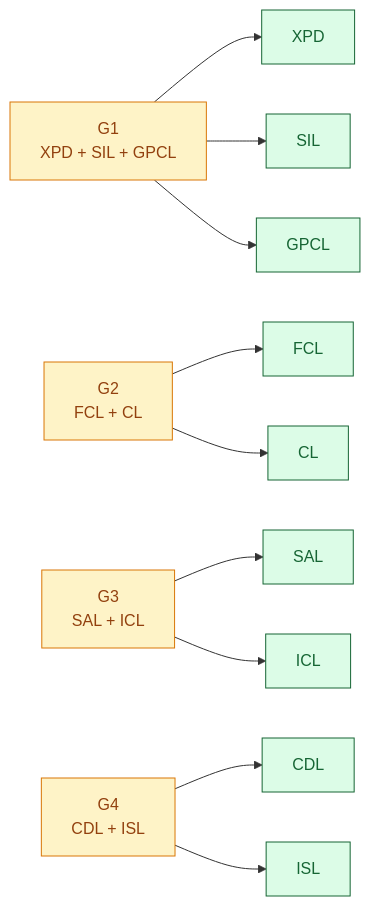
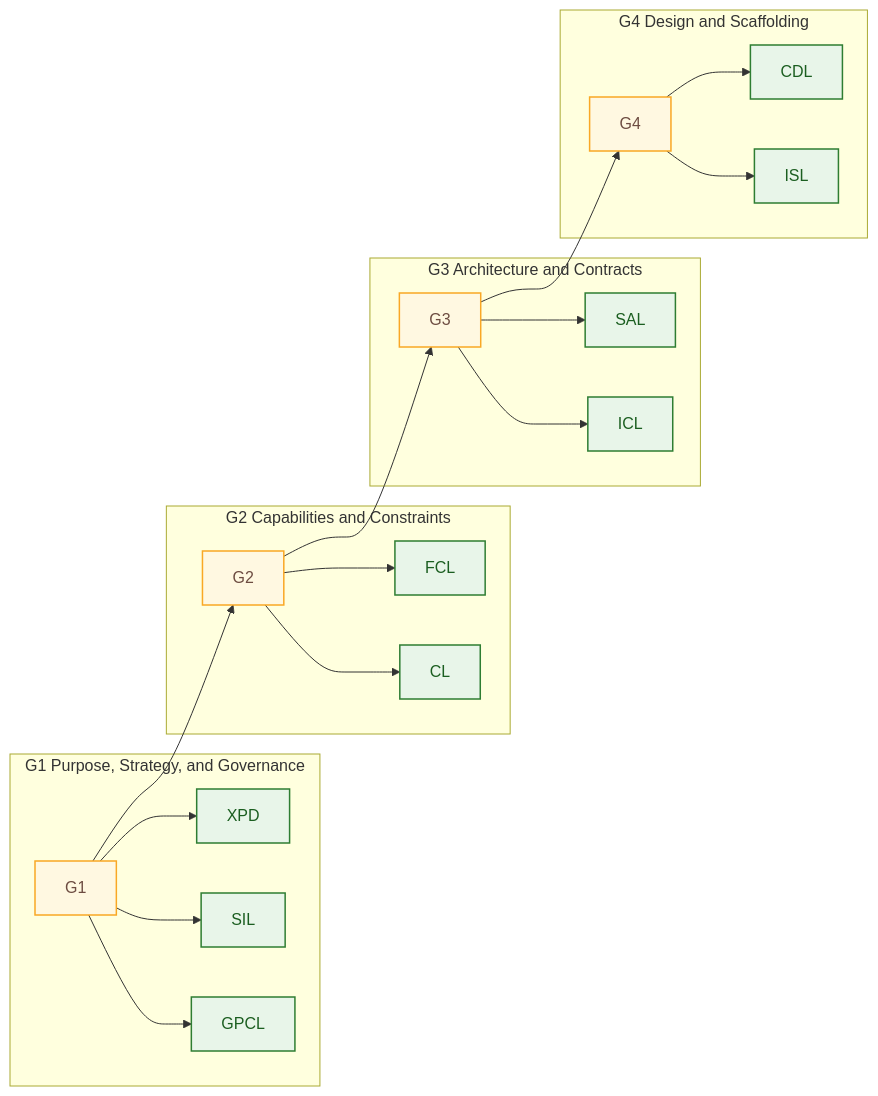
Diagram 18 of 28 in .agent/assets/proposals/active/v6.3/ddr_ref_manual_v6.3.md (formosa/Antigravity), drawn with Mermaid before and after one commit. The commit also changed other lines of this file, not shown here.

````diff
--- a/.agent/assets/proposals/active/v6.3/ddr_ref_manual_v6.3.md
+++ b/.agent/assets/proposals/active/v6.3/ddr_ref_manual_v6.3.md
@@ -1362,22 +1414,42 @@
 ```mermaid
 flowchart LR
-    G1["G1<br/>XPD + SIL + GPCL"]
-    G2["G2<br/>FCL + CL"]
-    G3["G3<br/>SAL + ICL"]
-    G4["G4<br/>CDL + ISL"]
+    accTitle: Fixed G1 through G4 composition
+    accDescr: Shows the four immutable Express Mode groups and the exact tier members assigned to each group.
+    subgraph G1["G1 Purpose, Strategy, and Governance"]
+        G1H["G1"]
+        XPD["XPD"]
+        SIL["SIL"]
+        GPCL["GPCL"]
+        G1H --> XPD
+        G1H --> SIL
+        G1H --> GPCL
+    end
+    subgraph G2["G2 Capabilities and Constraints"]
+        G2H["G2"]
+        FCL["FCL"]
+        CL["CL"]
+        G2H --> FCL
+        G2H --> CL
+    end
+    subgraph G3["G3 Architecture and Contracts"]
+        G3H["G3"]
+        SAL["SAL"]
+        ICL["ICL"]
+        G3H --> SAL
+        G3H --> ICL
+    end
+    subgraph G4["G4 Design and Scaffolding"]
+        G4H["G4"]
+        CDL["CDL"]
+        ISL["ISL"]
+        G4H --> CDL
+        G4H --> ISL
+    end
 
-    G1 --> XPD["XPD"]
-    G1 --> SIL["SIL"]
-    G1 --> GPCL["GPCL"]
-    G2 --> FCL["FCL"]
-    G2 --> CL["CL"]
-    G3 --> SAL["SAL"]
-    G3 --> ICL["ICL"]
-    G4 --> CDL["CDL"]
-    G4 --> ISL["ISL"]
+    G1H --> G2H --> G3H --> G4H
 
-    classDef caution fill:#fef3c7,stroke:#d97706,color:#92400e;
-    classDef normative fill:#dcfce7,stroke:#166534,color:#166534;
-    class G1,G2,G3,G4 caution;
+    classDef normative fill:#e8f5e9,stroke:#2e7d32,color:#1b5e20,stroke-width:1.5px;
+    classDef caution fill:#fff8e1,stroke:#f9a825,color:#6d4c41,stroke-width:1.5px;
+    class G1H,G2H,G3H,G4H caution;
     class XPD,SIL,GPCL,FCL,CL,SAL,ICL,CDL,ISL normative;
 ```
````
